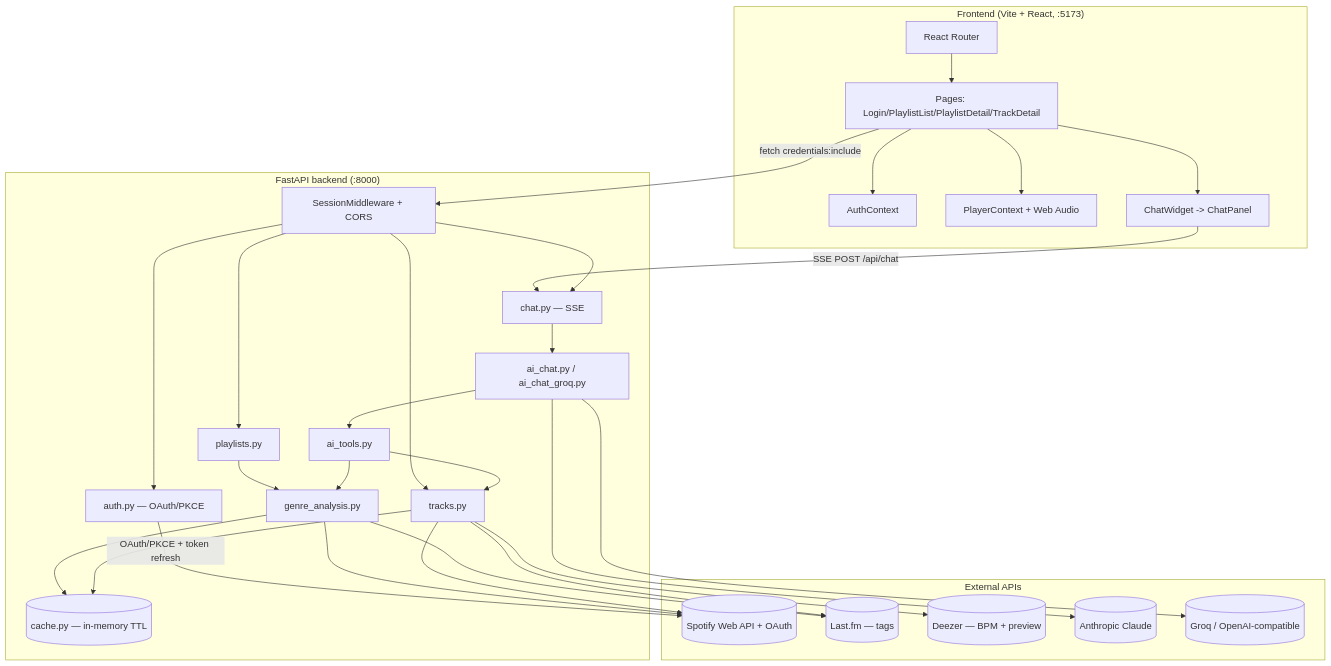
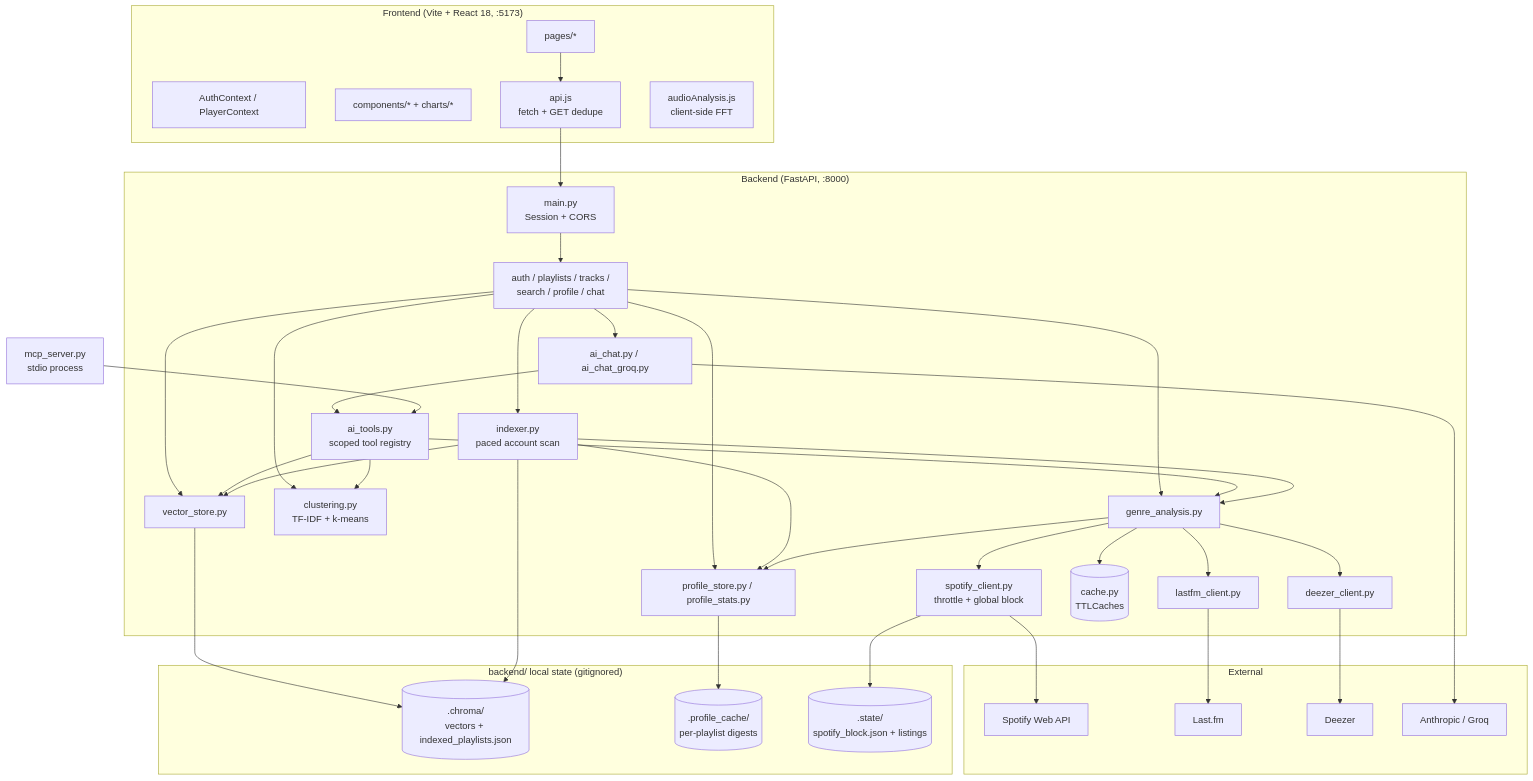
Before and after one commit to HuananCanova/playlist-classifier: the first of 5 diagrams in docs/CODEBASE_MAP.md, drawn with Mermaid. The commit also changed other lines of this file and 1 other file, not shown here.

````diff
--- a/docs/CODEBASE_MAP.md
+++ b/docs/CODEBASE_MAP.md
@@ -22,59 +25,57 @@
 ```mermaid
 graph TB
-    subgraph Client["Frontend (Vite + React, :5173)"]
-        Router[React Router]
-        Auth[AuthContext]
-        Player[PlayerContext + Web Audio]
-        Pages[Pages: Login/PlaylistList/PlaylistDetail/TrackDetail]
-        Chat[ChatWidget -> ChatPanel]
+    subgraph Browser["Frontend (Vite + React 18, :5173)"]
+        Pages[pages/*]
+        Ctx[AuthContext / PlayerContext]
+        Charts[components/* + charts/*]
+        API[api.js<br/>fetch + GET dedupe]
+        DSP[audioAnalysis.js<br/>client-side FFT]
     end
 
-    subgraph Server["FastAPI backend (:8000)"]
-        MW[SessionMiddleware + CORS]
-        AuthR[auth.py — OAuth/PKCE]
-        PlaylistsR[playlists.py]
-        TracksR[tracks.py]
-        ChatR[chat.py — SSE]
-        GenreA[genre_analysis.py]
-        AITools[ai_tools.py]
-        AIChat[ai_chat.py / ai_chat_groq.py]
-        Cache[(cache.py — in-memory TTL)]
+    subgraph Backend["Backend (FastAPI, :8000)"]
+        Main[main.py<br/>Session + CORS]
+        Routers[auth / playlists / tracks /<br/>search / profile / chat]
+        GA[genre_analysis.py]
+        IDX[indexer.py<br/>paced account scan]
+        AI[ai_chat.py / ai_chat_groq.py]
+        Tools[ai_tools.py<br/>scoped tool registry]
+        CL[clustering.py<br/>TF-IDF + k-means]
+        VS[vector_store.py]
+        PS[profile_store.py / profile_stats.py]
+        SC[spotify_client.py<br/>throttle + global block]
+        LF[lastfm_client.py]
+        DZ[deezer_client.py]
+        Cache[(cache.py<br/>TTLCaches)]
     end
 
-    subgraph External["External APIs"]
-        Spotify[(Spotify Web API + OAuth)]
-        LastFM[(Last.fm — tags)]
-        Deezer[(Deezer — BPM + preview)]
-        Anthropic[(Anthropic Claude)]
-        Groq[(Groq / OpenAI-compatible)]
+    MCP[mcp_server.py<br/>stdio process]
+
+    subgraph Disk["backend/ local state (gitignored)"]
+        Chroma[(.chroma/<br/>vectors + indexed_playlists.json)]
+        Prof[(.profile_cache/<br/>per-playlist digests)]
+        State[(.state/<br/>spotify_block.json + listings)]
     end
 
-    Router --> Pages
-    Pages --> Auth
-    Pages --> Player
-    Pages --> Chat
-    Pages -- fetch credentials:include --> MW
-    Chat -- SSE POST /api/chat --> ChatR
+    subgraph External
+        Spotify[Spotify Web API]
+        Lastfm[Last.fm]
+        Deezer[Deezer]
+        LLM[Anthropic / Groq]
+    end
 
-    MW --> AuthR
-    MW --> PlaylistsR
-    MW --> TracksR
-    MW --> ChatR
-
-    AuthR -- OAuth/PKCE + token refresh --> Spotify
-    PlaylistsR --> GenreA
-    GenreA --> Spotify
-    GenreA --> LastFM
-    GenreA --> Cache
-    TracksR --> Deezer
-    TracksR --> LastFM
-    TracksR --> Spotify
-    TracksR --> Cache
-
-    ChatR --> AIChat
-    AIChat --> AITools
-    AITools --> GenreA
-    AITools --> TracksR
-    AIChat --> Anthropic
-    AIChat --> Groq
+    Pages --> API --> Main --> Routers
+    Routers --> GA & IDX & AI & CL & VS & PS
+    AI --> Tools --> GA & CL & VS
+    MCP --> Tools
+    IDX --> GA & VS & PS
+    GA --> SC & LF & DZ & PS
+    GA --> Cache
+    SC --> Spotify
+    SC --> State
+    LF --> Lastfm
+    DZ --> Deezer
+    AI --> LLM
+    VS --> Chroma
+    IDX --> Chroma
+    PS --> Prof
 ```
````
